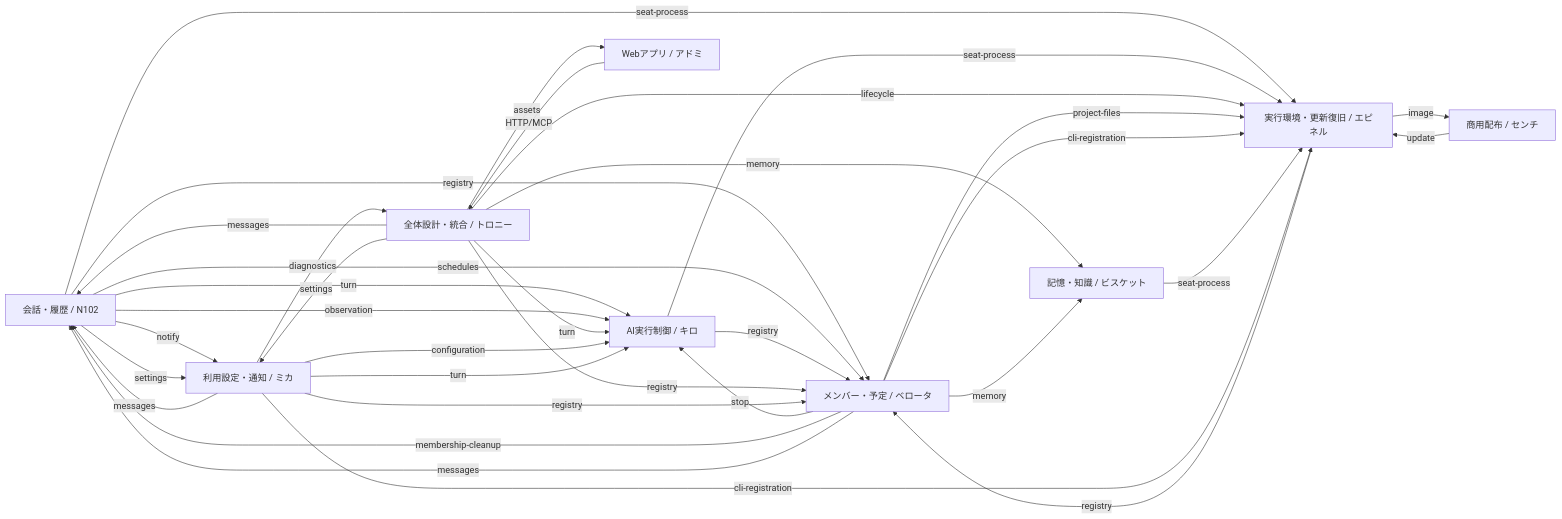
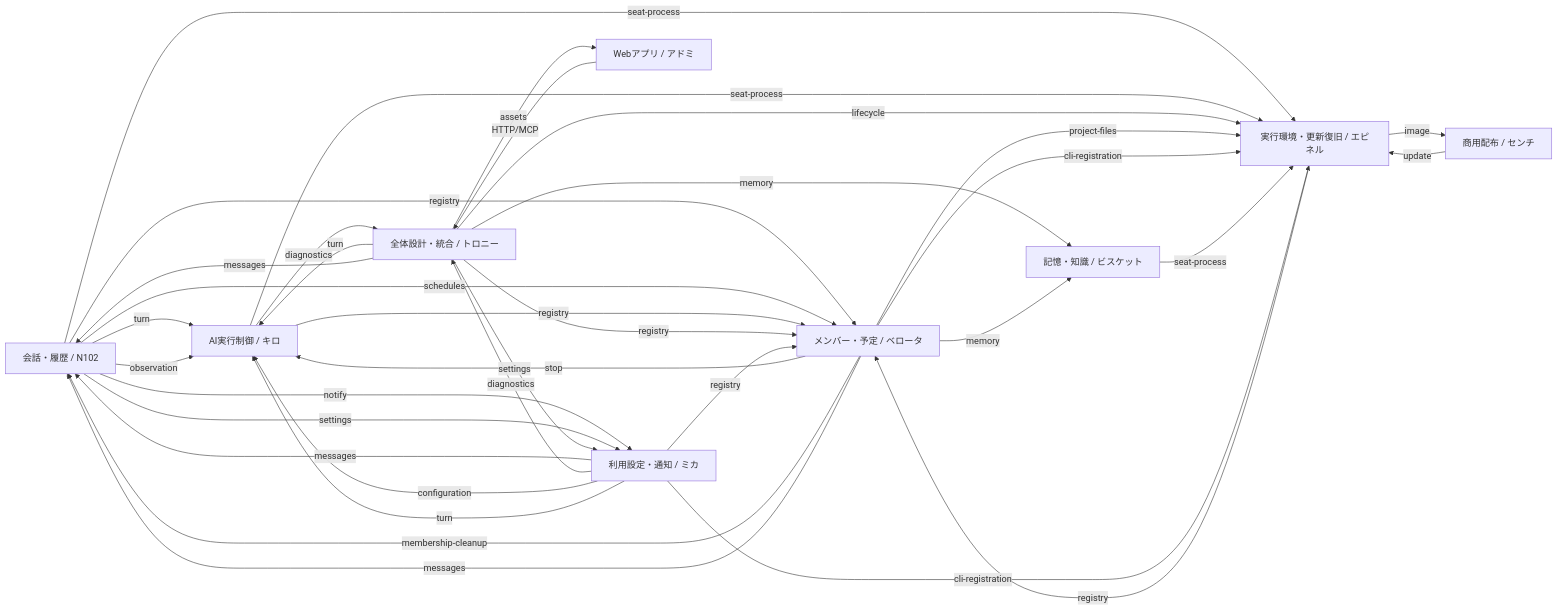
Before and after one commit to kitepon/BellTeam: the first of 2 diagrams in docs/architecture/feature-map.md, drawn with Mermaid. The commit also changed 5 other files, not shown here.

Commit message:
fix: connect execution failure reports to shared diagnostics

````diff
--- a/docs/architecture/feature-map.md
+++ b/docs/architecture/feature-map.md
@@ -11,45 +11,46 @@
 ```mermaid
 flowchart LR
   m_conversation["会話・履歴 / N102"]
   m_distribution["商用配布 / センチ"]
   m_execution["AI実行制御 / キロ"]
   m_integration["全体設計・統合 / トロニー"]
   m_members["メンバー・予定 / ベロータ"]
   m_memory["記憶・知識 / ビスケット"]
   m_runtime["実行環境・更新復旧 / エピネル"]
   m_usage["利用設定・通知 / ミカ"]
   m_web["Webアプリ / アドミ"]
   m_conversation -->|"turn"| m_execution
   m_conversation -->|"registry"| m_members
   m_conversation -->|"notify"| m_usage
   m_conversation -->|"schedules"| m_members
   m_conversation -->|"seat-process"| m_runtime
   m_conversation -->|"settings"| m_usage
   m_conversation -->|"observation"| m_execution
   m_distribution -->|"update"| m_runtime
+  m_execution -->|"diagnostics"| m_integration
   m_execution -->|"registry"| m_members
   m_execution -->|"seat-process"| m_runtime
   m_integration -->|"turn"| m_execution
   m_integration -->|"messages"| m_conversation
   m_integration -->|"registry"| m_members
   m_integration -->|"settings"| m_usage
   m_integration -->|"memory"| m_memory
   m_integration -->|"lifecycle"| m_runtime
   m_integration -->|"assets"| m_web
   m_members -->|"stop"| m_execution
   m_members -->|"project-files"| m_runtime
   m_members -->|"cli-registration"| m_runtime
   m_members -->|"membership-cleanup"| m_conversation
   m_members -->|"messages"| m_conversation
   m_members -->|"memory"| m_memory
   m_memory -->|"seat-process"| m_runtime
   m_runtime -->|"registry"| m_members
   m_runtime -->|"image"| m_distribution
   m_usage -->|"registry"| m_members
   m_usage -->|"messages"| m_conversation
   m_usage -->|"cli-registration"| m_runtime
   m_usage -->|"diagnostics"| m_integration
   m_usage -->|"configuration"| m_execution
   m_usage -->|"turn"| m_execution
   m_web -->|"HTTP/MCP"| m_integration
 ```
````
